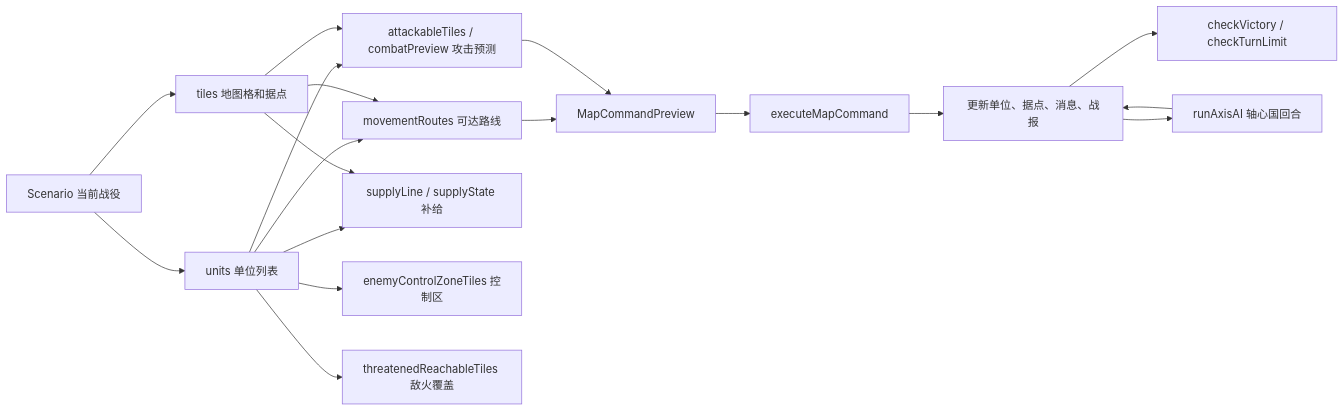
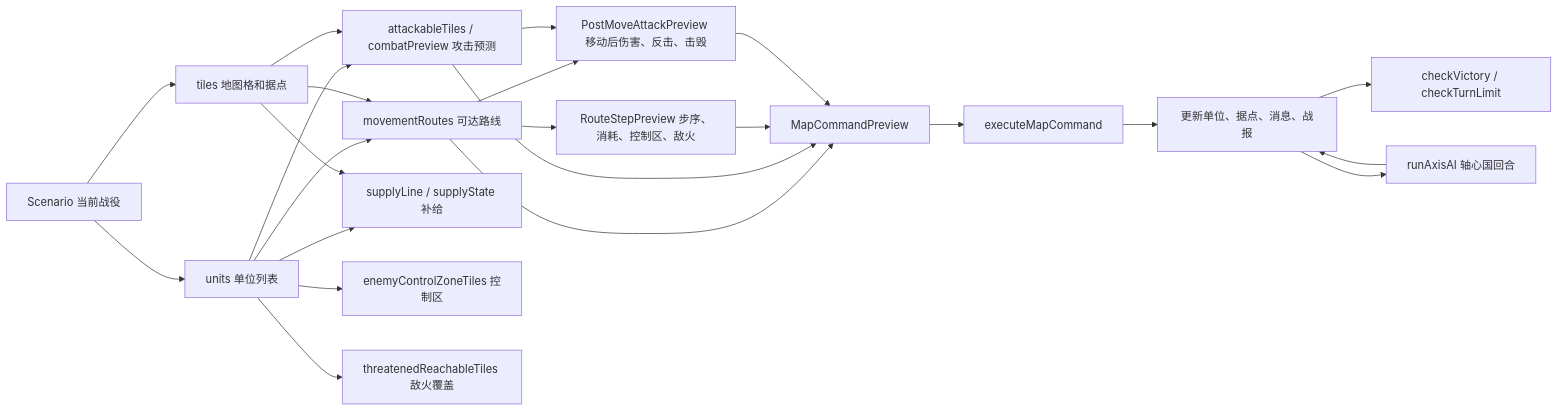
One commit to Altman-sam114/116 changed the third of 5 diagrams in md/flow/flowchart.md. Above: the diagram before and after it, drawn with Mermaid. The commit also changed other lines of this file and 9 other files, not shown here.

````diff
--- a/md/flow/flowchart.md
+++ b/md/flow/flowchart.md
@@ -48,20 +49,25 @@
 ```mermaid
 flowchart LR
   S["Scenario 当前战役"] --> U["units 单位列表"]
   S --> T["tiles 地图格和据点"]
   U --> MV["movementRoutes 可达路线"]
   T --> MV
   U --> AT["attackableTiles / combatPreview 攻击预测"]
   T --> AT
   U --> SUP["supplyLine / supplyState 补给"]
   T --> SUP
   U --> ZOC["enemyControlZoneTiles 控制区"]
   U --> THR["threatenedReachableTiles 敌火覆盖"]
+  MV --> RP["RouteStepPreview 步序、消耗、控制区、敌火"]
+  MV --> PM["PostMoveAttackPreview 移动后伤害、反击、击毁"]
+  AT --> PM
   MV --> CMD["MapCommandPreview"]
   AT --> CMD
+  RP --> CMD
+  PM --> CMD
   CMD --> EX["executeMapCommand"]
   EX --> RES["更新单位、据点、消息、战报"]
   RES --> WIN["checkVictory / checkTurnLimit"]
   RES --> AI["runAxisAI 轴心国回合"]
   AI --> RES
 ```
````
